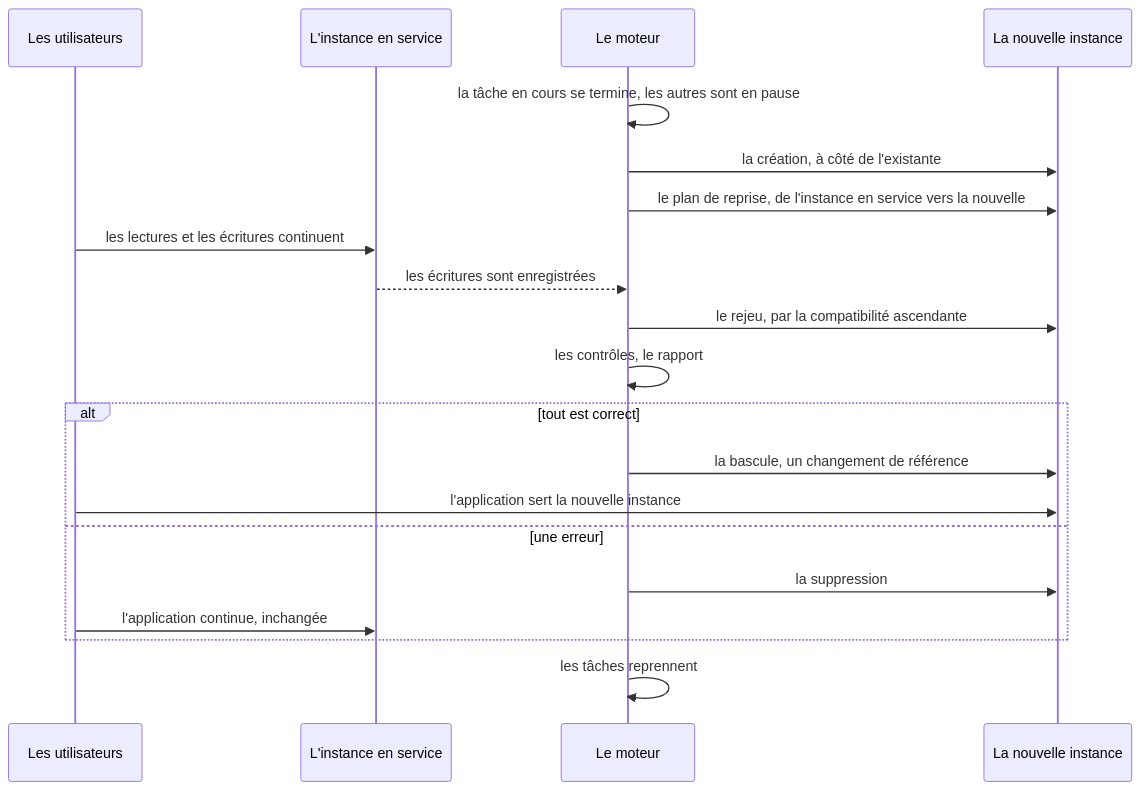
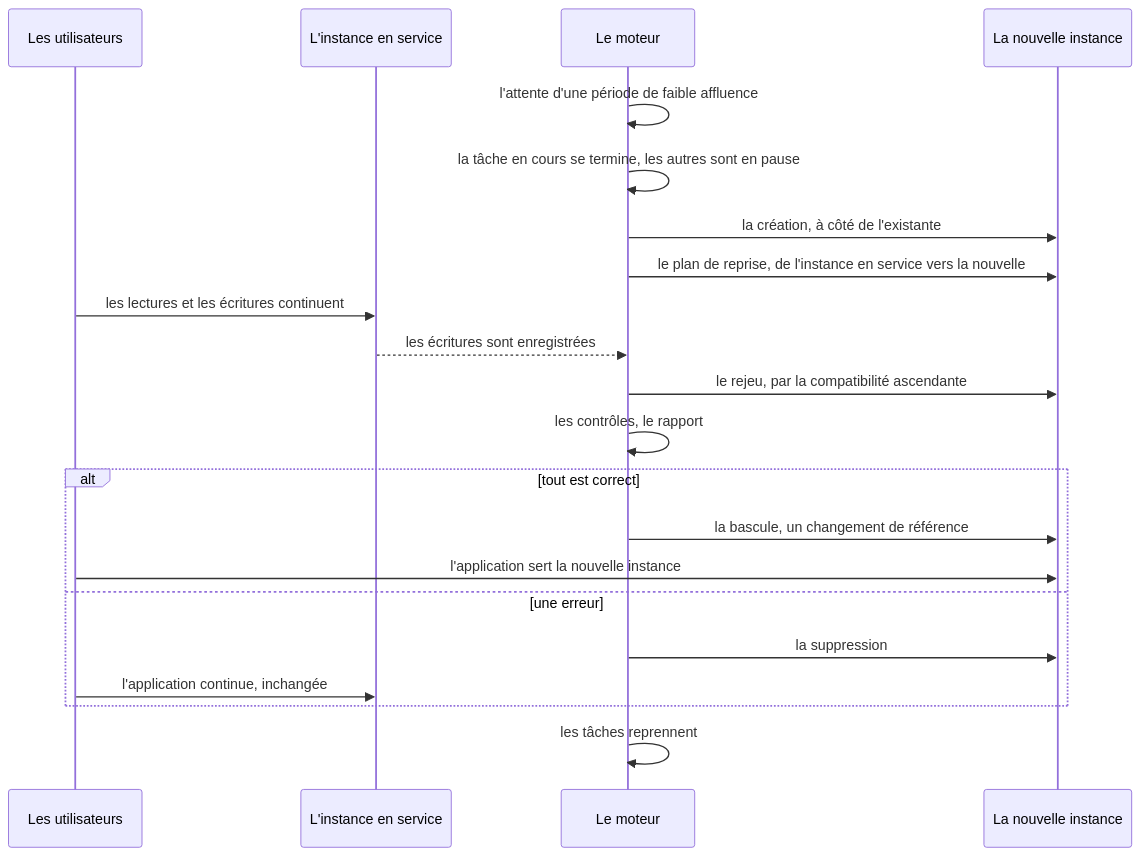
The diagram in docs/syncytium/09-moteur/03-migration.md (AymericLesert/Syncytium), drawn with Mermaid before and after one commit. The commit also changed other lines of this file and 13 other files, not shown here.

````diff
--- a/docs/syncytium/09-moteur/03-migration.md
+++ b/docs/syncytium/09-moteur/03-migration.md
@@ -351,22 +359,23 @@
 ```mermaid
 sequenceDiagram
     participant U as Les utilisateurs
     participant A as L'instance en service
     participant M as Le moteur
     participant N as La nouvelle instance
+    M->>M: l'attente d'une période de faible affluence
     M->>M: la tâche en cours se termine, les autres sont en pause
     M->>N: la création, à côté de l'existante
     M->>N: le plan de reprise, de l'instance en service vers la nouvelle
     U->>A: les lectures et les écritures continuent
     A-->>M: les écritures sont enregistrées
     M->>N: le rejeu, par la compatibilité ascendante
     M->>M: les contrôles, le rapport
     alt tout est correct
         M->>N: la bascule, un changement de référence
         U->>N: l'application sert la nouvelle instance
     else une erreur
         M->>N: la suppression
         U->>A: l'application continue, inchangée
     end
     M->>M: les tâches reprennent
 ```
````
